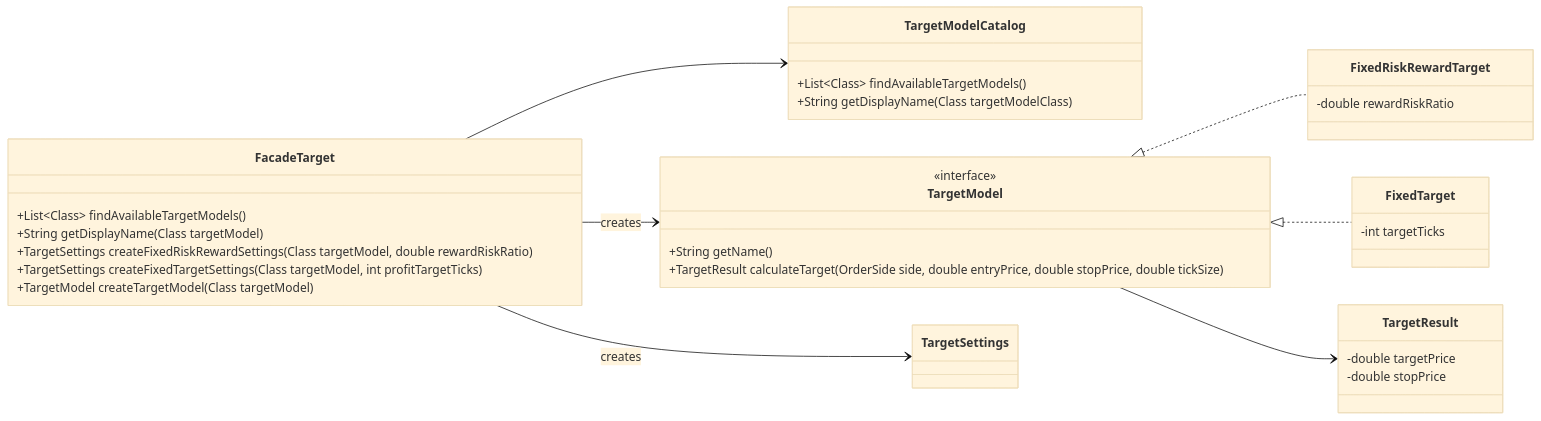
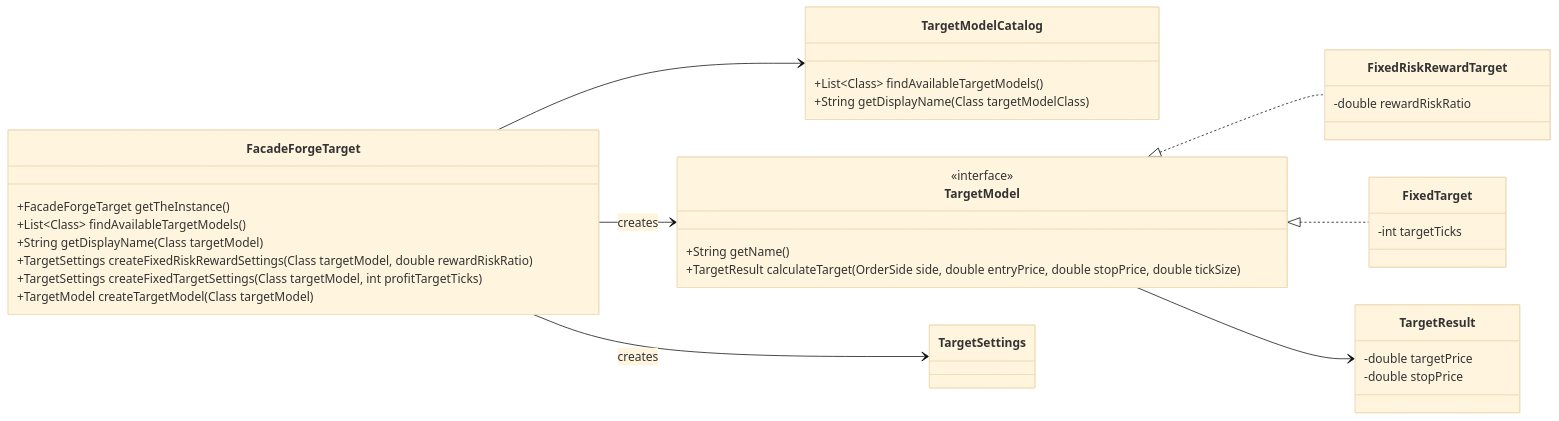
Before and after one commit to probst-paul/FORGE: the eighth of 12 diagrams in class-model.md, drawn with Mermaid (base theme). The commit also changed other lines of this file and 13 other files, not shown here.

First line of the commit message:
Rename facades to FacadeForge* and add singletons

````diff
--- a/class-model.md
+++ b/class-model.md
@@ -366,43 +371,44 @@
 ```mermaid
 classDiagram
     direction LR
 
-    class FacadeTarget {
+    class FacadeForgeTarget {
+        +FacadeForgeTarget getTheInstance()
         +List~Class~ findAvailableTargetModels()
         +String getDisplayName(Class targetModel)
         +TargetSettings createFixedRiskRewardSettings(Class targetModel, double rewardRiskRatio)
         +TargetSettings createFixedTargetSettings(Class targetModel, int profitTargetTicks)
         +TargetModel createTargetModel(Class targetModel)
     }
 
     class TargetModelCatalog {
         +List~Class~ findAvailableTargetModels()
         +String getDisplayName(Class targetModelClass)
     }
 
     class TargetModel {
         <<interface>>
         +String getName()
         +TargetResult calculateTarget(OrderSide side, double entryPrice, double stopPrice, double tickSize)
     }
 
     class FixedRiskRewardTarget {
         -double rewardRiskRatio
     }
 
     class FixedTarget {
         -int targetTicks
     }
 
     class TargetResult {
         -double targetPrice
         -double stopPrice
     }
 
-    FacadeTarget --> TargetModelCatalog
-    FacadeTarget --> TargetModel : creates
-    FacadeTarget --> TargetSettings : creates
+    FacadeForgeTarget --> TargetModelCatalog
+    FacadeForgeTarget --> TargetModel : creates
+    FacadeForgeTarget --> TargetSettings : creates
     TargetModel <|.. FixedRiskRewardTarget
     TargetModel <|.. FixedTarget
     TargetModel --> TargetResult
 ```
````
